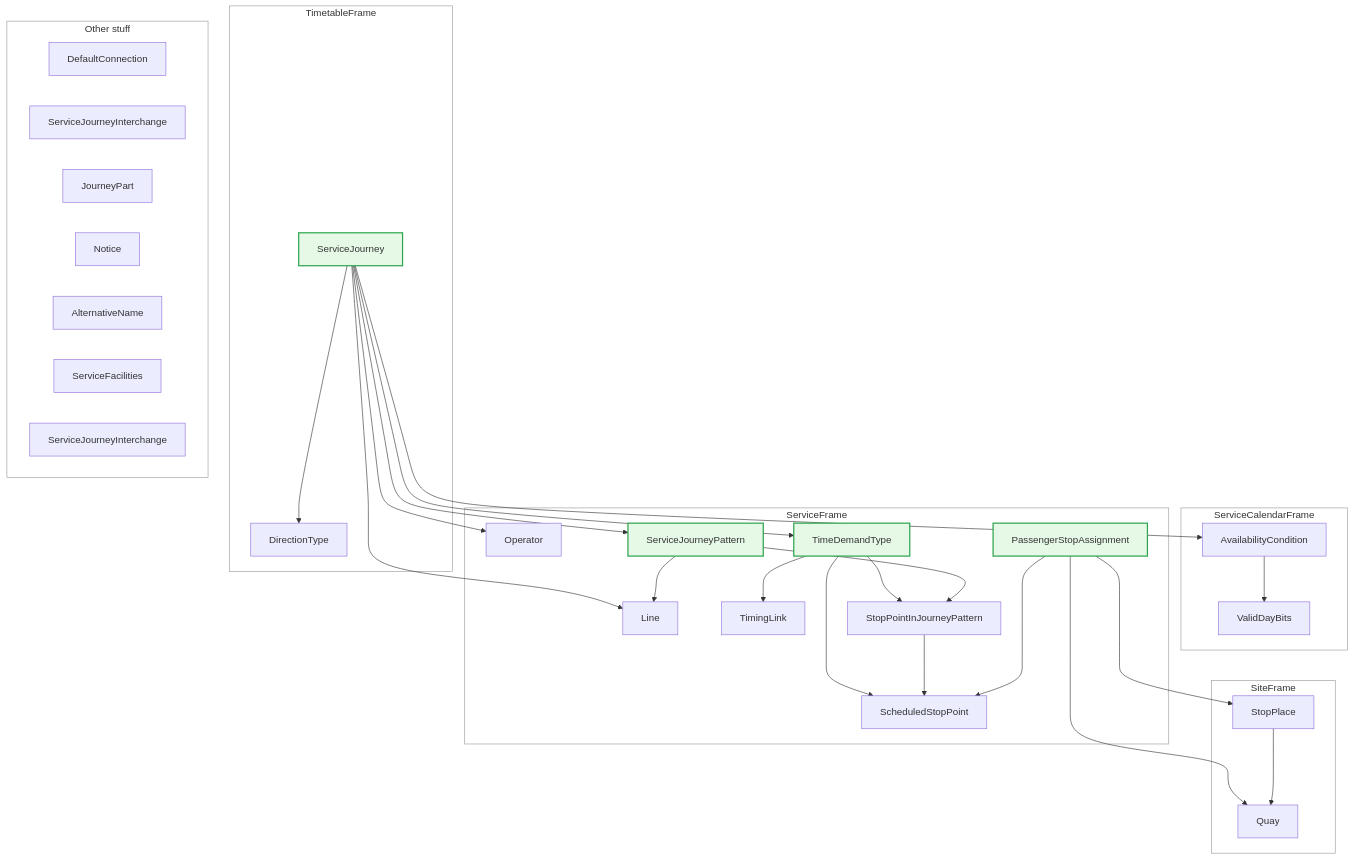
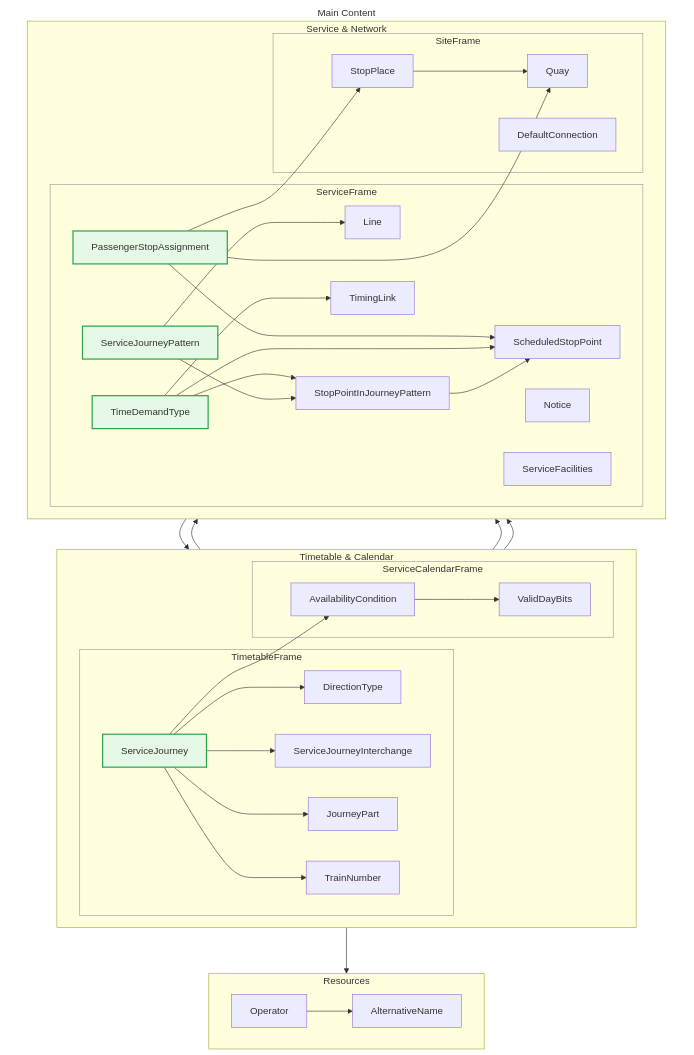
The diagram in src/02_basic_concepts.md (openTdataCH/netexRealisationGuideSwitzerland), drawn with Mermaid before and after one commit.

Commit message:
update of mermaid first try

````diff
--- a/src/02_basic_concepts.md
+++ b/src/02_basic_concepts.md
@@ -10,84 +10,84 @@
 ```mermaid
-graph TD
-  subgraph TimetableFrame["TimetableFrame"]
-    SJ[ServiceJourney]
-    DT[DirectionType]
-  end
+flowchart TD
+    %% Resources at the very top
+    subgraph Resources["Resources"]
+        direction LR
+        AN[AlternativeName]
+        O[Operator]
+    end
 
-  subgraph ServiceCalendarFrame["ServiceCalendarFrame"]
-    AC[AvailabilityCondition]
-    UOP[ValidDayBits]
-  end
+    %% Main content area
+    subgraph MainContent["Main Content"]
+        %% Timetable & Calendar
+        subgraph TimetableCalendar["Timetable & Calendar"]
+            direction LR
+            subgraph TimetableFrame["TimetableFrame"]
+                SJ[ServiceJourney]
+                DT[DirectionType]
+                TN[TrainNumber]
+                SI[ServiceJourneyInterchange]
+                JP[JourneyPart]
+            end
+            subgraph ServiceCalendarFrame["ServiceCalendarFrame"]
+                AC[AvailabilityCondition]
+                UOP[ValidDayBits]
+            end
+        end
 
-  subgraph ServiceFrame["ServiceFrame"]
-    L[Line]
-    O[Operator]
-    SSP[ScheduledStopPoint]
-    PSA[PassengerStopAssignment]
-    TL[TimingLink]
-    SJP[ServiceJourneyPattern]
-    TDT[TimeDemandType]
-    SPtJP[StopPointInJourneyPattern]
-  end
+        %% Service & Network
+        subgraph ServiceNetwork["Service & Network"]
+            direction LR
+            subgraph ServiceFrame["ServiceFrame"]
+                SJP[ServiceJourneyPattern]
+                TDT[TimeDemandType]
+                L[Line]
+                SPtJP[StopPointInJourneyPattern]
+                TL[TimingLink]
+                SSP[ScheduledStopPoint]
+                N[Notice]
+                F[ServiceFacilities]
+                PSA[PassengerStopAssignment]
+            end
+            subgraph SiteFrame["SiteFrame"]
+                SP[StopPlace]
+                CN[DefaultConnection]
+                Q[Quay]
+            end
+        end
+    end
 
-  subgraph SiteFrame["SiteFrame"]
-    SP[StopPlace]
-    Q[Quay]
-  end
+    %% Relationships
+    SJ --> DT
+    SJ --> L
+    SJ --> O
+    SJ --> SJP
+    SJ --> TDT
+    SJ --> SI
+    SJ --> JP
+    SJ --> TN
+    SJ --> AC
+    AC --> UOP
+    SJP --> L
+    SJP --> DT
+    SJP --> SPtJP
+    SPtJP --> SSP
+    TDT --> TL
+    TDT --> SSP
+    TDT --> SPtJP
+    PSA --> SP
+    PSA --> Q
+    PSA --> SSP
+    SP --> Q
+    O --> AN
 
-  subgraph OtherStuff["Other stuff"]
-    CN[DefaultConnection]
-    SI[ServiceJourneyInterchange]
-    JP[JourneyPart]
-    N[Notice]
-    AN[AlternativeName]
-    F[ServiceFacilities]
-     SJI[ServiceJourneyInterchange]
-   
-  end
-
-  %% ---------------------
-  %% Visible semantic relationships
-  SJ --> AC
-  SJ --> DT
-  SJ --> L
-  SJ --> O
-  SJ --> SJP
-  SJ --> TDT
-
-  TDT --> TL
-  TDT --> SSP
-  TDT --> SPtJP
-
-  SJP --> L
-  SJP --> SPtJP
-  SPtJP --> SSP
-
-  PSA ---> SP
-  PSA ---> Q
-  PSA ---> SSP
-
-  SP ---> Q
-
-  AC --> UOP
-
-
-  %% ---------------------
-  %% Layout hints to force rows and columns (dashed edges used only as hints)
-
-  %% ---------------------
-  %% Highlight central nodes in green
-  style SJ fill:#e6f9e6,stroke:#2ea44f,stroke-width:2px
-  style SJP fill:#e6f9e6,stroke:#2ea44f,stroke-width:2px
-  style TDT fill:#e6f9e6,stroke:#2ea44f,stroke-width:2px
-  style PSA fill:#e6f9e6,stroke:#2ea44f,stroke-width:2px
-
-  %% Subgraph box styling (may be renderer-dependent)
-  style TimetableFrame stroke:#999,stroke-width:1px,fill:none
-  style ServiceCalendarFrame stroke:#999,stroke-width:1px,fill:none
-  style ServiceFrame stroke:#999,stroke-width:1px,fill:none
-  style SiteFrame stroke:#999,stroke-width:1px,fill:none
-  style OtherStuff stroke:#999,stroke-width:1px,fill:none
-
-
+    %% Styling
+    style SJ fill:#e6f9e6,stroke:#2ea44f,stroke-width:2px
+    style SJP fill:#e6f9e6,stroke:#2ea44f,stroke-width:2px
+    style TDT fill:#e6f9e6,stroke:#2ea44f,stroke-width:2px
+    style PSA fill:#e6f9e6,stroke:#2ea44f,stroke-width:2px
+    style TimetableFrame stroke:#999,stroke-width:1px,fill:none
+    style ServiceCalendarFrame stroke:#999,stroke-width:1px,fill:none
+    style ServiceFrame stroke:#999,stroke-width:1px,fill:none
+    style SiteFrame stroke:#999,stroke-width:1px,fill:none
+    style MainContent fill:none,stroke:none
 ```
````
